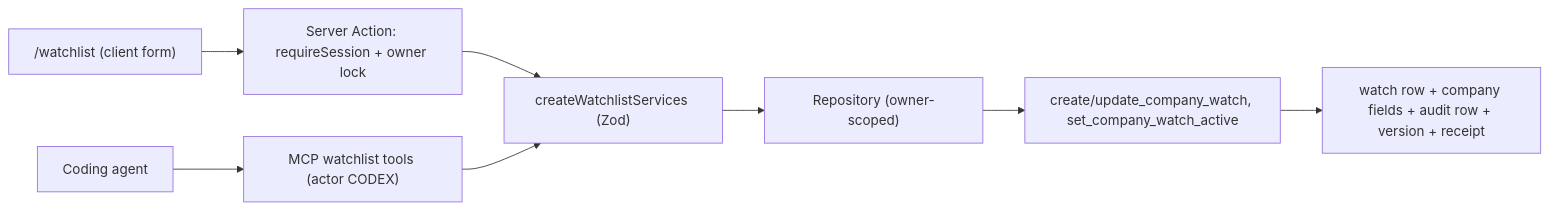
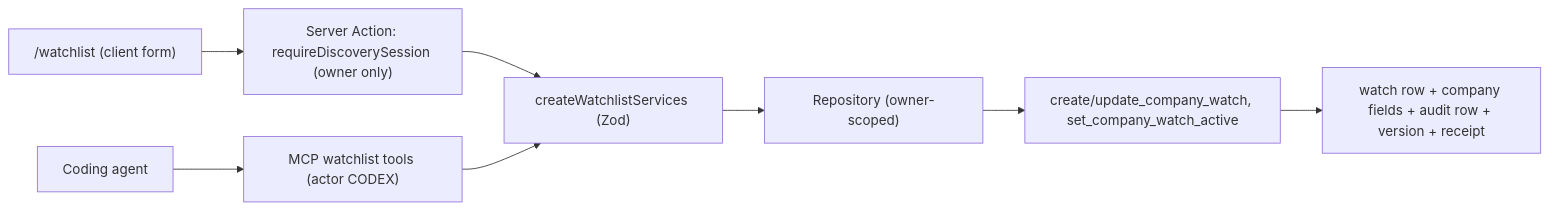
One commit to drew-bomar/jword changed the fifth of 8 diagrams in docs/ARCHITECTURE.md. Above: the diagram before and after it, drawn with Mermaid. The commit also changed 5 other files, not shown here.

Commit message:
Document public access and owner-only discovery (ADR 027)

````diff
--- a/docs/ARCHITECTURE.md
+++ b/docs/ARCHITECTURE.md
@@ -348,10 +348,10 @@
 ```mermaid
 flowchart LR
-    W["/watchlist (client form)"] --> A["Server Action: requireSession + owner lock"]
+    W["/watchlist (client form)"] --> A["Server Action: requireDiscoverySession (owner only)"]
     C["Coding agent"] --> T["MCP watchlist tools (actor CODEX)"]
     A --> S["createWatchlistServices (Zod)"]
     T --> S
     S --> R["Repository (owner-scoped)"]
     R --> F["create/update_company_watch, set_company_watch_active"]
     F --> DB["watch row + company fields + audit row + version + receipt"]
 ```
````
